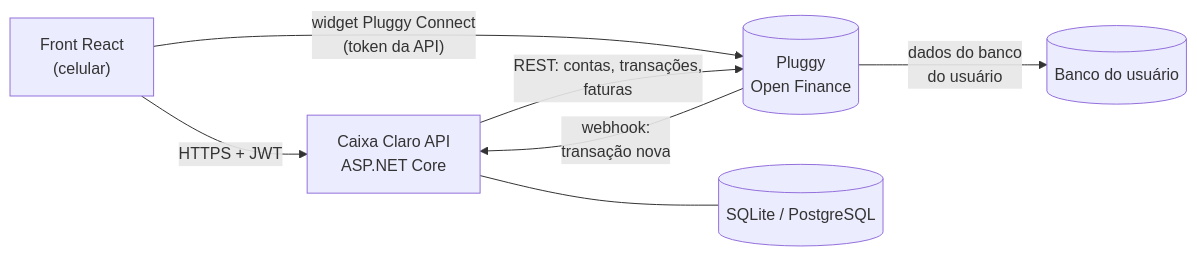
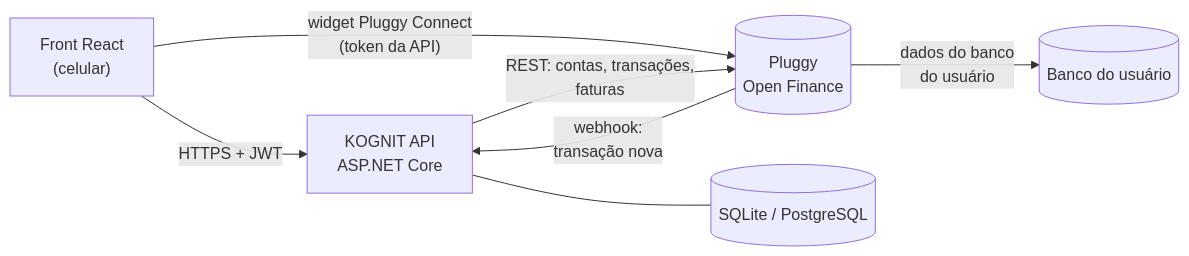
One commit to correaaugusto/KOGNIT changed the first of 4 diagrams in docs/ARQUITETURA.md. Above: the diagram before and after it, drawn with Mermaid. The commit also changed other lines of this file and 79 other files, not shown here.

````diff
--- a/docs/ARQUITETURA.md
+++ b/docs/ARQUITETURA.md
@@ -7,9 +7,9 @@
 ```mermaid
 flowchart LR
-    App["Front React<br/>(celular)"] -- "HTTPS + JWT" --> Api["Caixa Claro API<br/>ASP.NET Core"]
+    App["Front React<br/>(celular)"] -- "HTTPS + JWT" --> Api["KOGNIT API<br/>ASP.NET Core"]
     App -- "widget Pluggy Connect<br/>(token da API)" --> Pluggy[(Pluggy<br/>Open Finance)]
     Pluggy -- "dados do banco<br/>do usuário" --> Banco[(Banco do usuário)]
     Api -- "REST: contas, transações,<br/>faturas" --> Pluggy
     Pluggy -- "webhook:<br/>transação nova" --> Api
     Api --- Db[(SQLite / PostgreSQL)]
 ```
````
